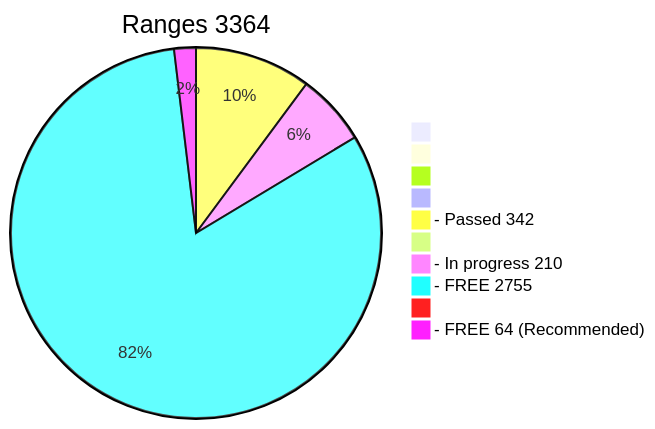
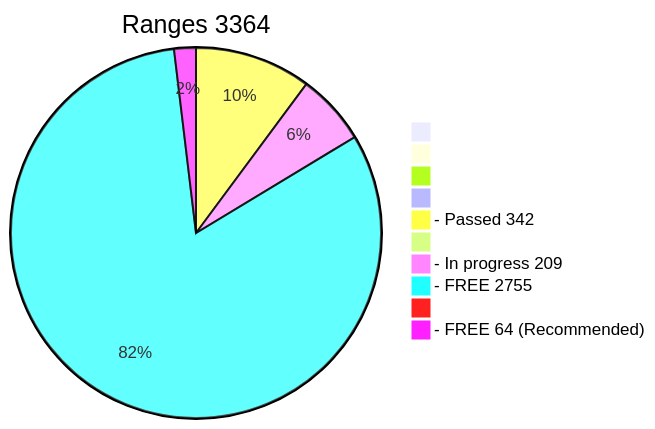
The diagram in x64/Release/table.md (phrutis/wif500), drawn with Mermaid before and after one commit. The commit also changed other lines of this file, not shown here.

````diff
--- a/x64/Release/table.md
+++ b/x64/Release/table.md
@@ -2,13 +2,13 @@
 ```mermaid
 pie title Ranges 3364
   " " : 0
   "  " : 0
   "   " : 0
   "    " : 0
   "- Passed 342" : 342
   "     " : 0
-  "- In progress 210" : 210
+  "- In progress 209" : 209
   "- FREE 2755" : 2755
   "      " : 0
   "- FREE 64 (Recommended)" : 64
 ```
````
